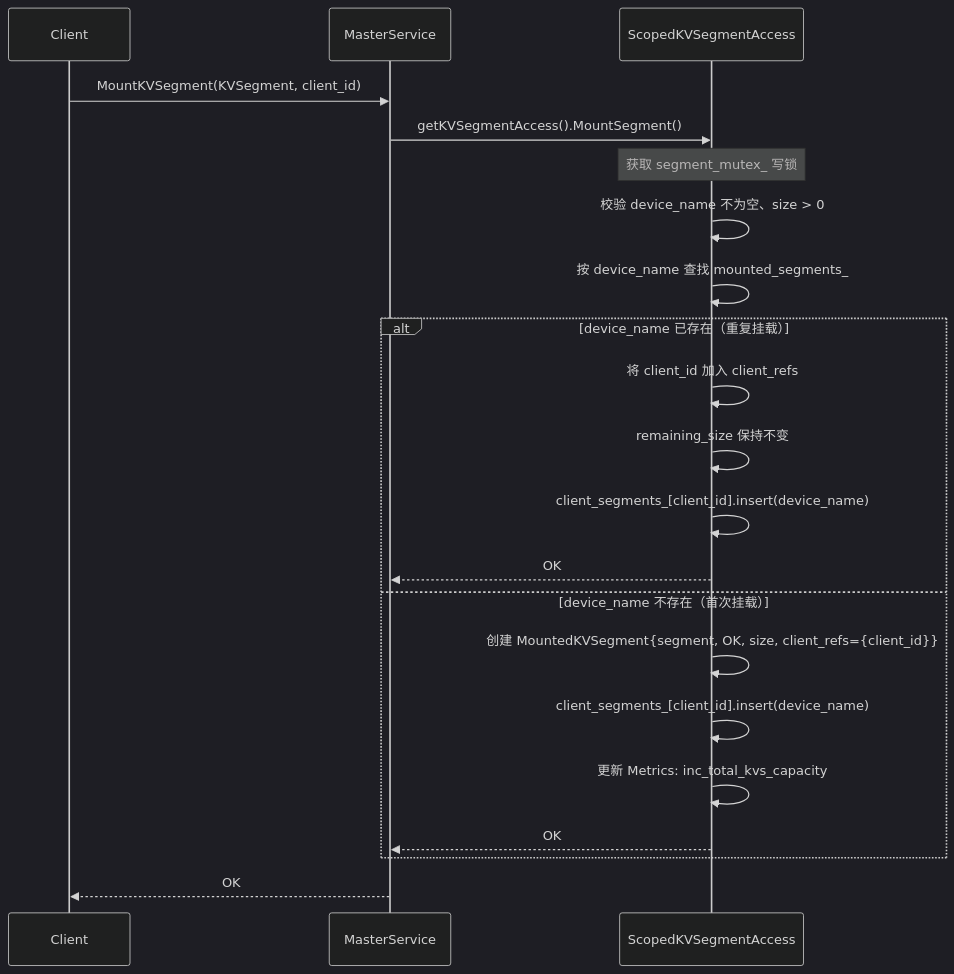
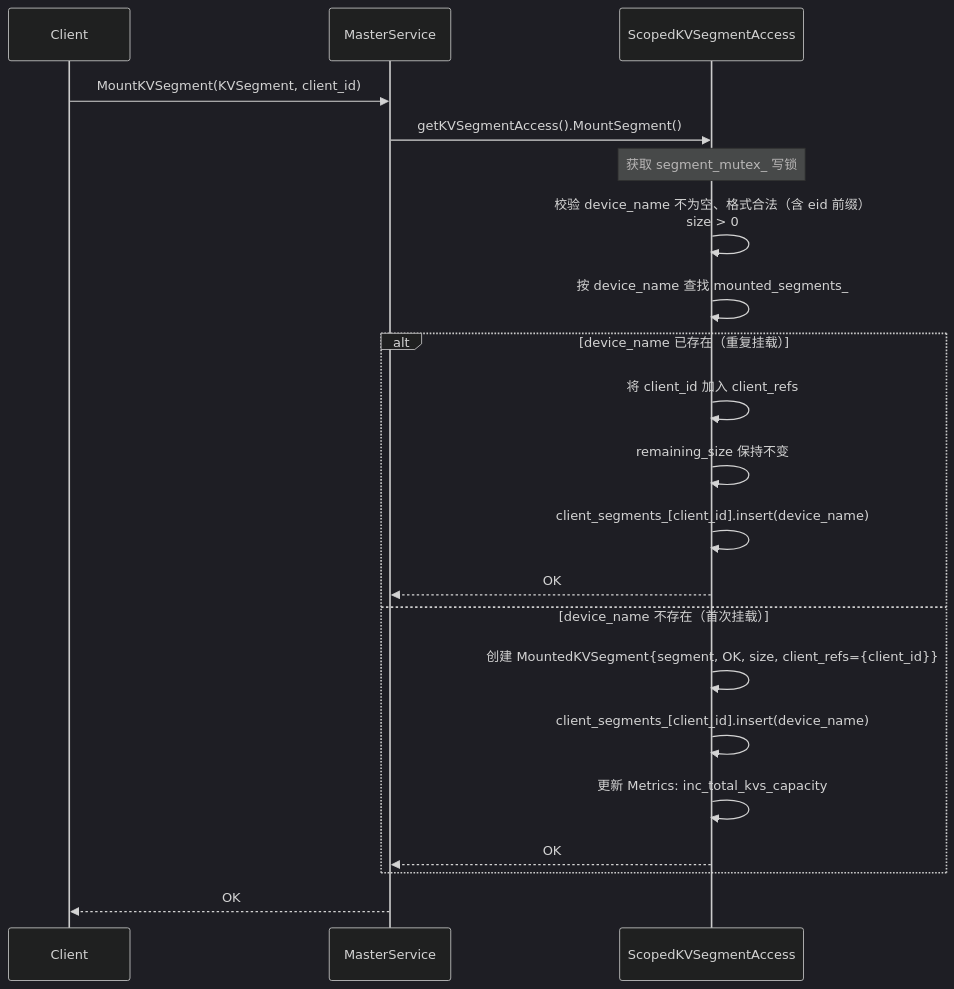
The sixth of 20 diagrams in mooncake-store/docs/KVUSegment_design.md (yz53665/Mooncake), drawn with Mermaid (dark theme) before and after one commit. The commit also changed other lines of this file, not shown here.

````diff
--- a/mooncake-store/docs/KVUSegment_design.md
+++ b/mooncake-store/docs/KVUSegment_design.md
@@ -340,27 +342,27 @@
 ```mermaid
 sequenceDiagram
     participant Client
     participant MS as MasterService
     participant SA as ScopedKVSegmentAccess
 
     Client->>MS: MountKVSegment(KVSegment, client_id)
     MS->>SA: getKVSegmentAccess().MountSegment()
     Note over SA: 获取 segment_mutex_ 写锁
 
-    SA->>SA: 校验 device_name 不为空、size > 0
+    SA->>SA: 校验 device_name 不为空、格式合法（含 eid 前缀）<br/>size > 0
     SA->>SA: 按 device_name 查找 mounted_segments_
 
     alt device_name 已存在（重复挂载）
         SA->>SA: 将 client_id 加入 client_refs
         SA->>SA: remaining_size 保持不变
         SA->>SA: client_segments_[client_id].insert(device_name)
         SA-->>MS: OK
     else device_name 不存在（首次挂载）
         SA->>SA: 创建 MountedKVSegment{segment, OK, size, client_refs={client_id}}
         SA->>SA: client_segments_[client_id].insert(device_name)
         SA->>SA: 更新 Metrics: inc_total_kvs_capacity
         SA-->>MS: OK
     end
 
     MS-->>Client: OK
 ```
````
